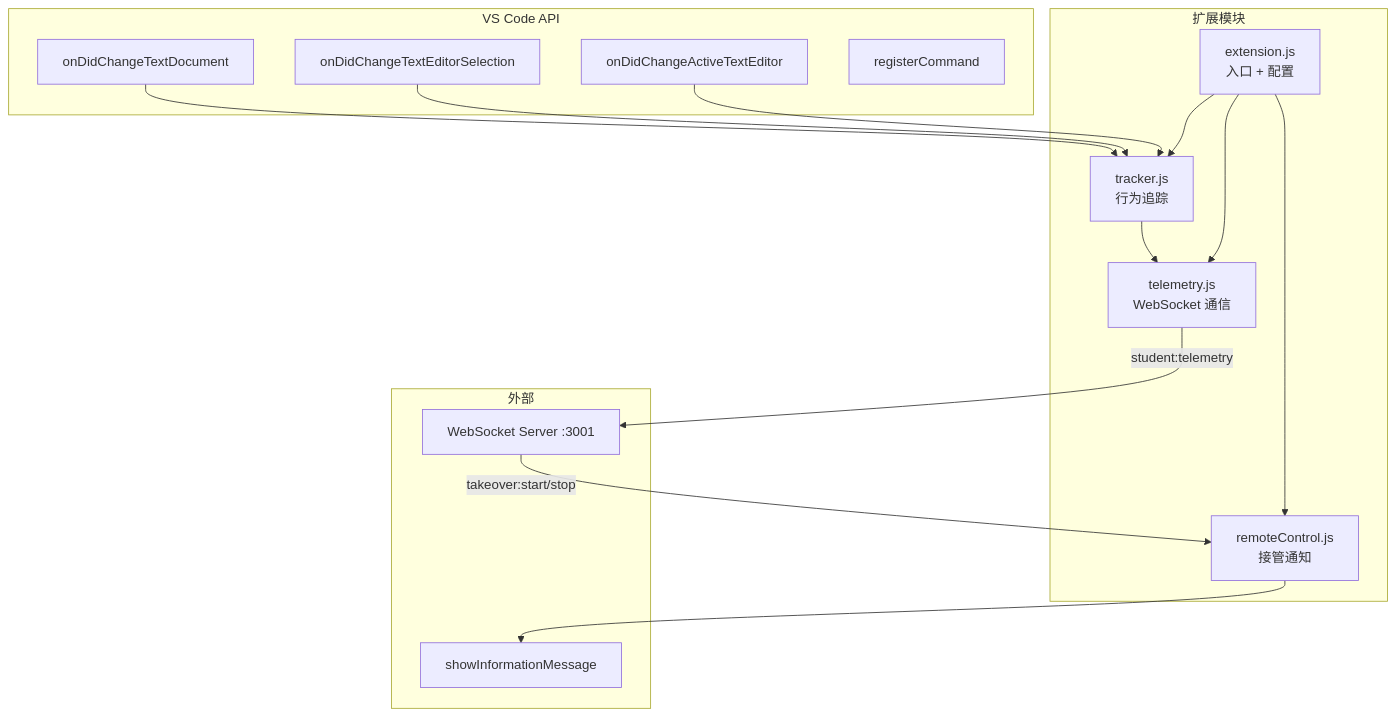
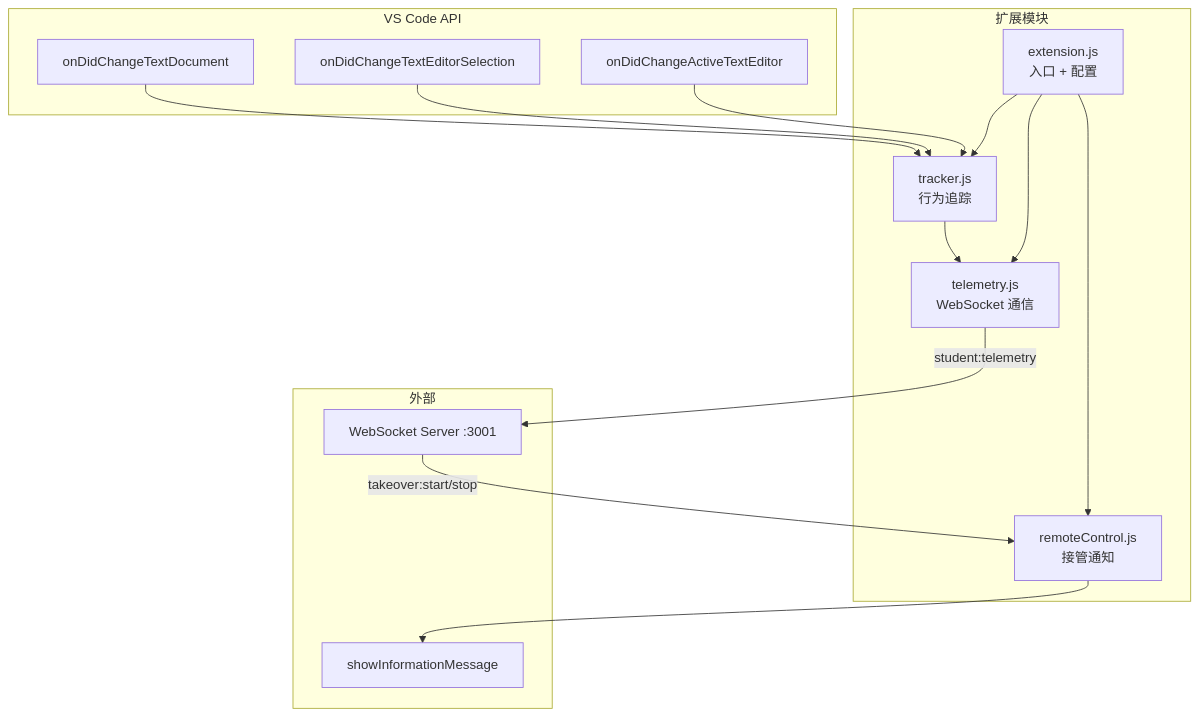
The diagram in doc/EXTENSION.md (prisflow/sqlense), drawn with Mermaid before and after one commit. The commit also changed other lines of this file and 54 other files, not shown here.

````diff
--- a/doc/EXTENSION.md
+++ b/doc/EXTENSION.md
@@ -7,30 +7,29 @@
 ```mermaid
 graph TB
     subgraph 扩展模块
         EXT[extension.js<br/>入口 + 配置]
         TR[tracker.js<br/>行为追踪]
         TC[telemetry.js<br/>WebSocket 通信]
         RC[remoteControl.js<br/>接管通知]
     end
 
     subgraph VS Code API
         ODT[onDidChangeTextDocument]
         ODS[onDidChangeTextEditorSelection]
         ODA[onDidChangeActiveTextEditor]
-        CMD[registerCommand]
     end
 
     subgraph 外部
         WS[WebSocket Server :3001]
         UI[showInformationMessage]
     end
 
     ODT --> TR
     ODS --> TR
     ODA --> TR
     TR --> TC
     TC -- student:telemetry --> WS
     WS -- takeover:start/stop --> RC
     RC --> UI
     EXT --> TR & TC & RC
 ```
````
